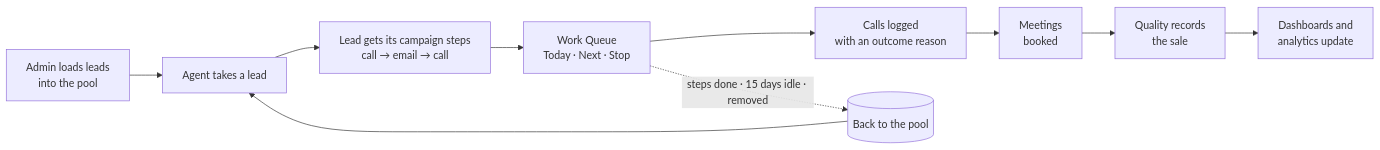
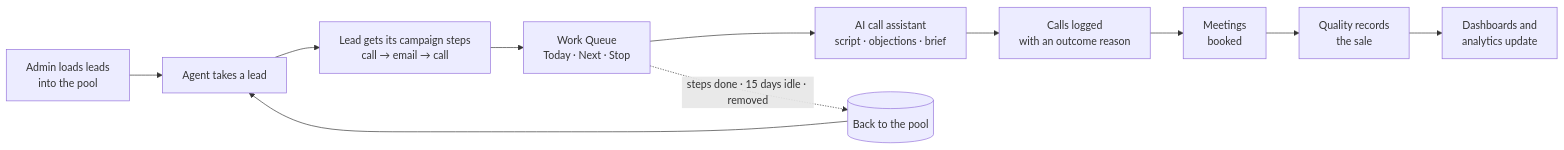
The first of 2 diagrams in README.md (Anas-hisham/smart-telesales), drawn with Mermaid before and after one commit. The commit also changed other lines of this file and 4 other files, not shown here.

````diff
--- a/README.md
+++ b/README.md
@@ -54,12 +58,13 @@
 ```mermaid
 flowchart LR
   A[Admin loads leads<br/>into the pool] --> B[Agent takes a lead]
   B --> C[Lead gets its campaign steps<br/>call → email → call]
   C --> D[Work Queue<br/>Today · Next · Stop]
-  D --> E[Calls logged<br/>with an outcome reason]
+  D --> AI[AI call assistant<br/>script · objections · brief]
+  AI --> E[Calls logged<br/>with an outcome reason]
   E --> F[Meetings<br/>booked]
   F --> G[Quality records<br/>the sale]
   G --> H[Dashboards and<br/>analytics update]
   D -. "steps done · 15 days idle · removed" .-> P[(Back to the pool)]
   P --> B
 ```
````
